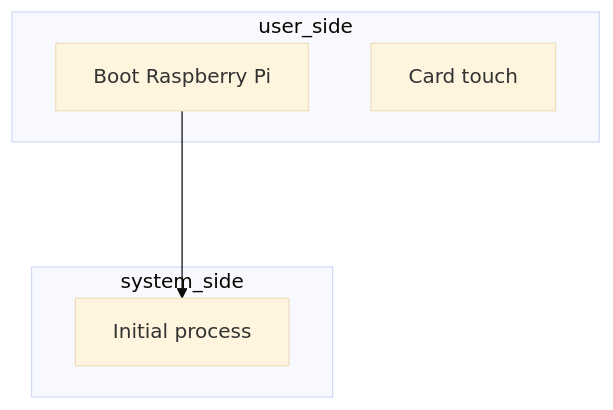
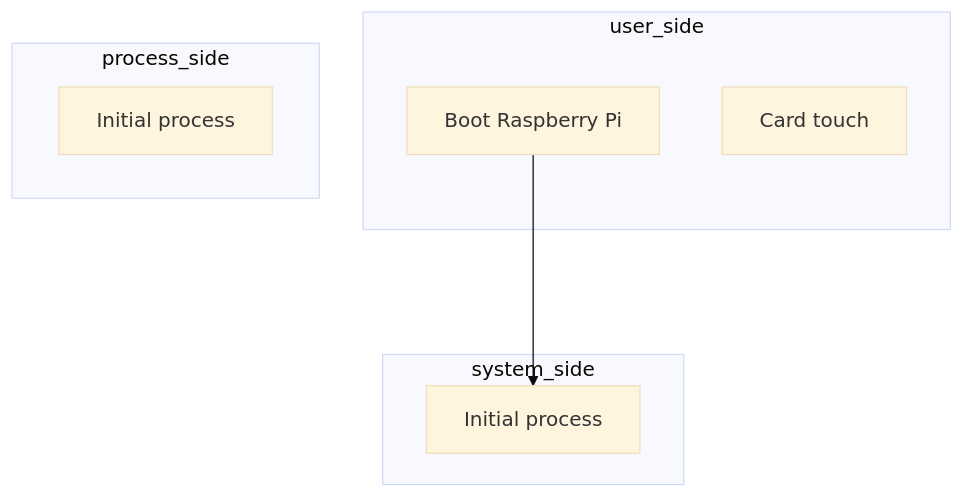
One commit to YUKI-SOKENDAI/SmartLock changed the second of 2 diagrams in memo/SystemMEMO.md. Above: the diagram before and after it, drawn with Mermaid (base theme).

````diff
--- a/memo/SystemMEMO.md
+++ b/memo/SystemMEMO.md
@@ -56,14 +56,18 @@
 ```mermaid
 graph TD;
      subgraph user_side
        UsrNode0[Boot Raspberry Pi]
        UsrNode1[Card touch]
      end
      
      subgraph system_side
        SysNode0[Initial process]
      end
      
+     subgraph process_side
+       ProcNode0[Initial process]
+     end
+     
      UsrNode0--->SysNode0 
      
 ```
````
